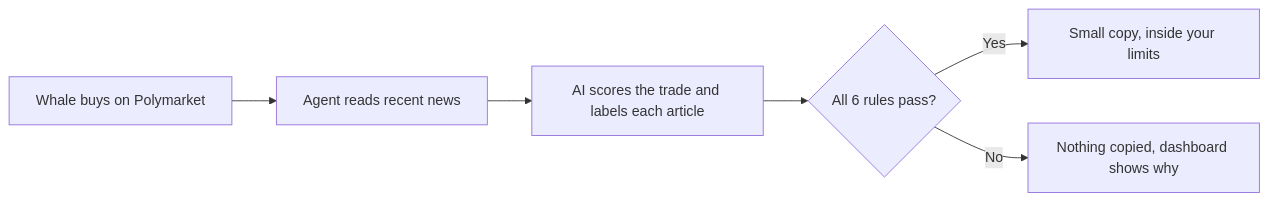
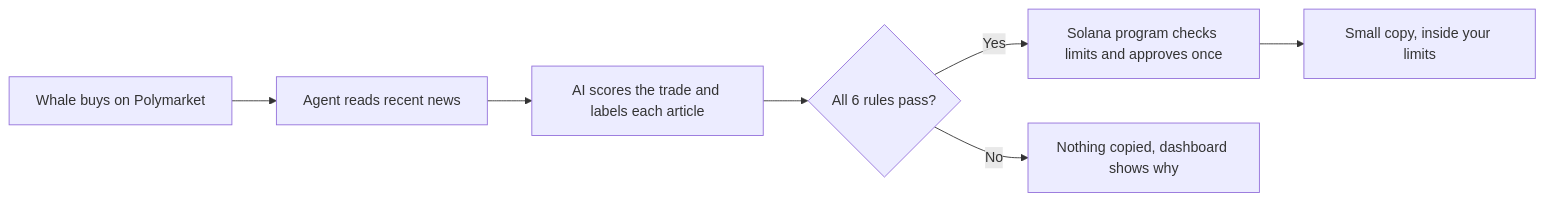
Before and after one commit to amisilumbu07/solana_mlh: the diagram in README.md, drawn with Mermaid. The commit also changed other lines of this file and 24 other files, not shown here.

First line of the commit message:
Add Solana program for on-chain copy approval

````diff
--- a/README.md
+++ b/README.md
@@ -9,8 +9,9 @@
 ```mermaid
 flowchart LR
     A[Whale buys on Polymarket] --> B[Agent reads recent news]
     B --> C[AI scores the trade and labels each article]
     C --> D{All 6 rules pass?}
-    D -- Yes --> E[Small copy, inside your limits]
+    D -- Yes --> G[Solana program checks limits and approves once]
+    G --> E[Small copy, inside your limits]
     D -- No --> F[Nothing copied, dashboard shows why]
 ```
````
